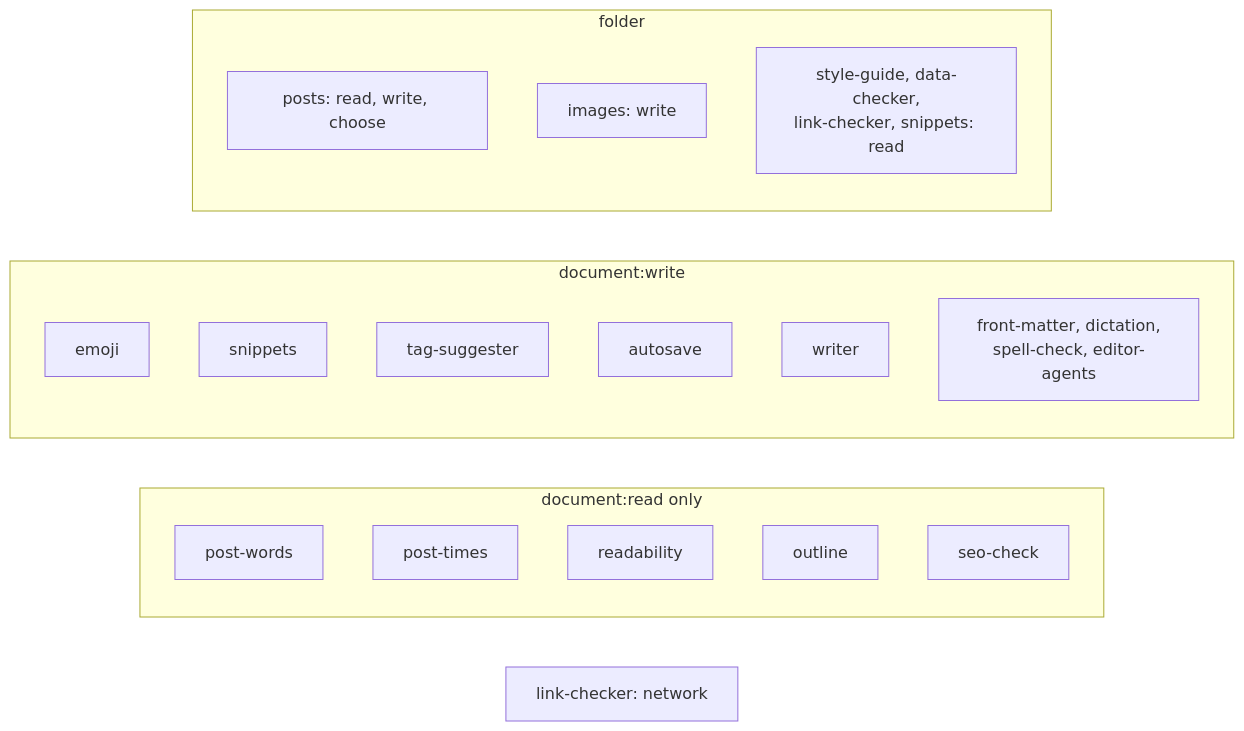
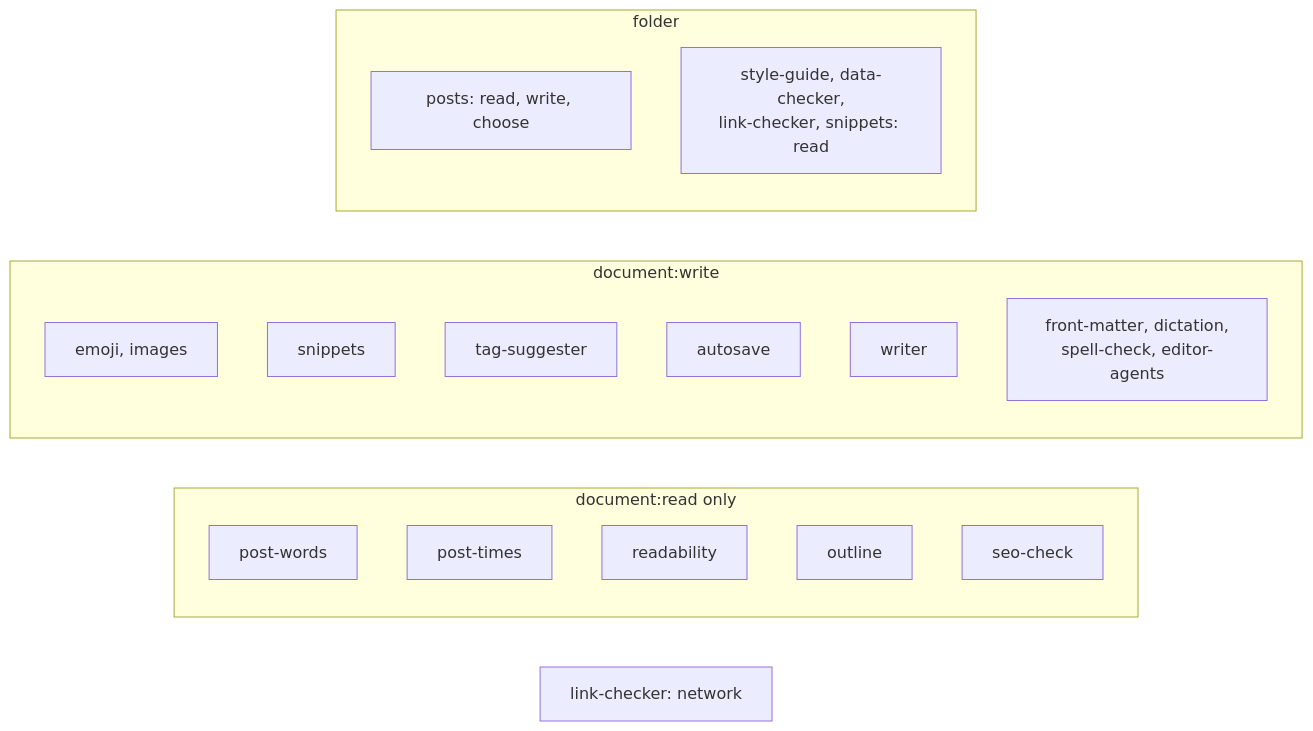
The ninth of 9 diagrams in docs/guide/markdown-editor.md (PaulKinlan/ExtensibleWebApps), drawn with Mermaid before and after one commit. The commit also changed other lines of this file and 8 other files, not shown here.

````diff
--- a/docs/guide/markdown-editor.md
+++ b/docs/guide/markdown-editor.md
@@ -496,24 +498,23 @@
 ```mermaid
 flowchart LR
   subgraph read["document:read only"]
     pw[post-words]
     pt[post-times]
     rd[readability]
     ol[outline]
     seo[seo-check]
   end
   subgraph write["document:write"]
-    em[emoji]
+    em[emoji, images]
     sn[snippets]
     tg[tag-suggester]
     au[autosave]
     wr[writer]
     fm[front-matter, dictation,<br/>spell-check, editor-agents]
   end
   subgraph files["folder"]
     po[posts: read, write, choose]
-    im[images: write]
     others[style-guide, data-checker,<br/>link-checker, snippets: read]
   end
   net[link-checker: network]
 ```
````
